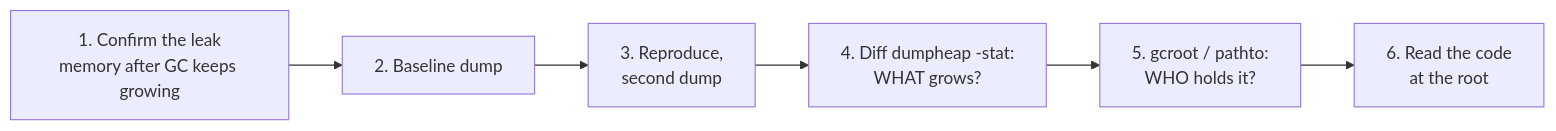
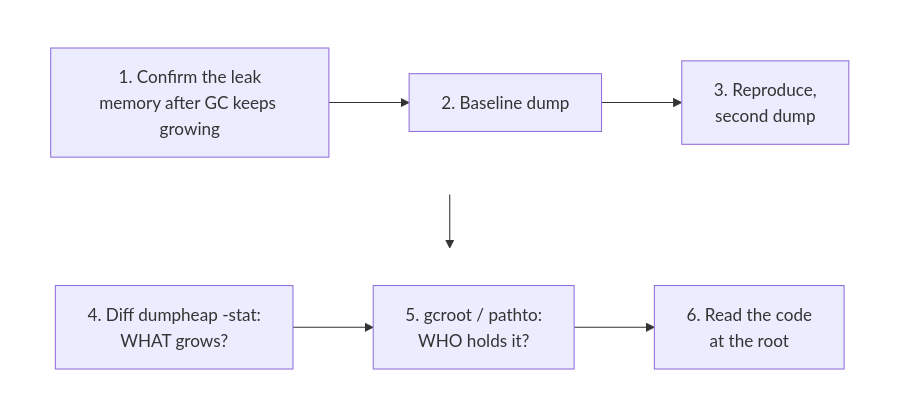
One commit to haison8x/net-dump-tutorials changed the diagram in docs/04-lab-memory-leak.md. Above: the diagram before and after it, drawn with Mermaid. The commit also changed 3 other files, not shown here.

First line of the commit message:
Make docs diagrams readable and drop leftover pod wording

````diff
--- a/docs/04-lab-memory-leak.md
+++ b/docs/04-lab-memory-leak.md
@@ -17,8 +17,14 @@
 ```mermaid
-flowchart LR
-    A["1. Confirm the leak<br/>memory after GC keeps growing"] --> B["2. Baseline dump"]
-    B --> C["3. Reproduce,<br/>second dump"]
-    C --> D["4. Diff dumpheap -stat:<br/>WHAT grows?"]
-    D --> E["5. gcroot / pathto:<br/>WHO holds it?"]
-    E --> F["6. Read the code<br/>at the root"]
+flowchart TB
+    subgraph R1[" "]
+        direction LR
+        A["1. Confirm the leak<br/>memory after GC keeps growing"] --> B["2. Baseline dump"] --> C["3. Reproduce,<br/>second dump"]
+    end
+    subgraph R2[" "]
+        direction LR
+        D["4. Diff dumpheap -stat:<br/>WHAT grows?"] --> E["5. gcroot / pathto:<br/>WHO holds it?"] --> F["6. Read the code<br/>at the root"]
+    end
+    R1 --> R2
+    style R1 fill:none,stroke:none
+    style R2 fill:none,stroke:none
 ```
````
